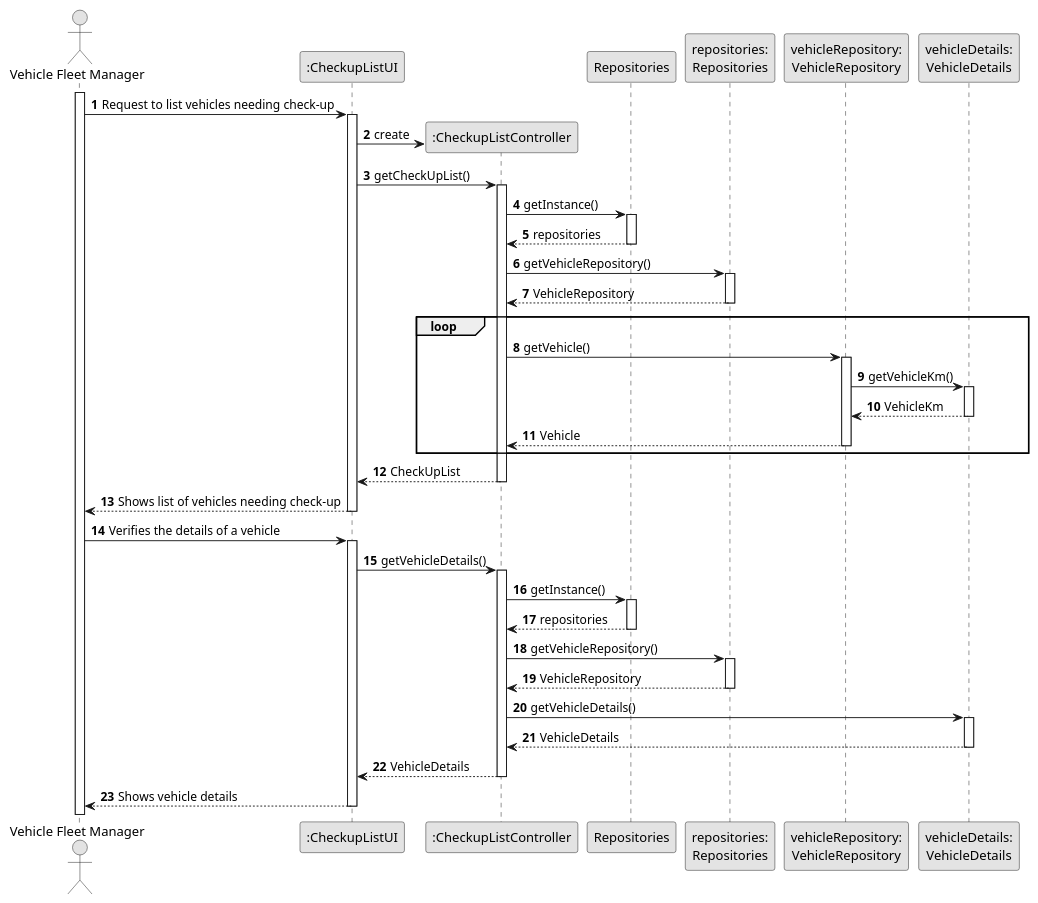
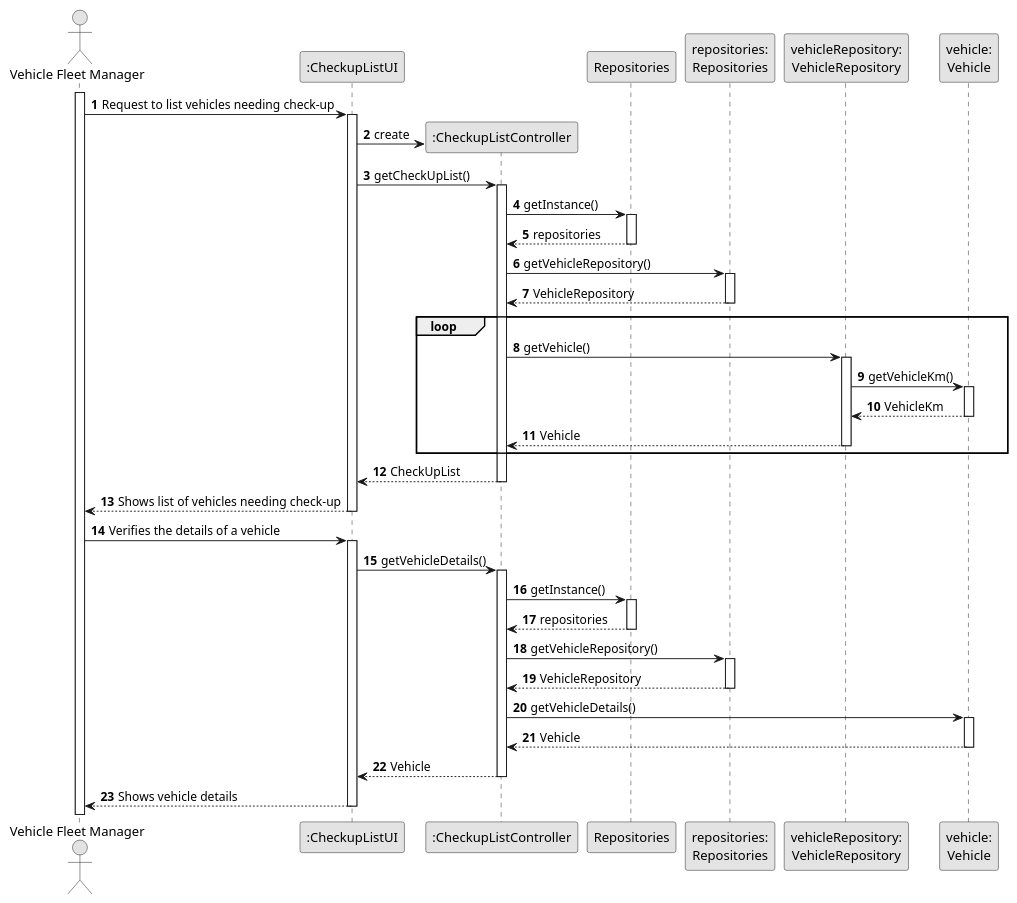
Before and after one commit to Departamento-de-Engenharia-Informatica/lei-24-s2-1df-1de-g063: the diagram in Sprint B/docs/SprintB/us008/03.design/puml/us008-sequence-diagram-full.puml, drawn with PlantUML. The commit also changed 4 other files, not shown here.

Commit message:
Class diagrams US7 US8

```diff
--- a/Sprint B/docs/SprintB/us008/03.design/puml/us008-sequence-diagram-full.puml
+++ b/Sprint B/docs/SprintB/us008/03.design/puml/us008-sequence-diagram-full.puml
@@ -1,87 +1,87 @@
 @startuml
 skinparam monochrome true
 skinparam packageStyle rectangle
 skinparam shadowing false
 
 autonumber
 
 'hide footbox
 actor "Vehicle Fleet Manager" as VFM
 participant ":CheckupListUI" as UI
 participant ":CheckupListController" as CTRL
 participant "Repositories" as Rep
 participant "repositories:\nRepositories" as Repositories
 participant "vehicleRepository:\nVehicleRepository" as VehicleRepository
-participant "vehicleDetails:\nVehicleDetails" as VehicleDetails
+participant "vehicle:\nVehicle" as Vehicle
 
 activate VFM
 
 VFM -> UI : Request to list vehicles needing check-up
 
     activate UI
 
         UI -> CTRL** : create
 
         UI -> CTRL : getCheckUpList()
         activate CTRL
 
             CTRL -> Rep : getInstance()
             activate Rep
 
                 Rep --> CTRL : repositories
             deactivate Rep
 
             CTRL -> Repositories : getVehicleRepository()
             activate Repositories
 
             Repositories --> CTRL : VehicleRepository
             deactivate Repositories
 
             loop
                 CTRL -> VehicleRepository : getVehicle()
                 activate VehicleRepository
 
-                    VehicleRepository -> VehicleDetails : getVehicleKm()
-                    activate VehicleDetails
+                    VehicleRepository -> Vehicle : getVehicleKm()
+                    activate Vehicle
 
-                    VehicleDetails --> VehicleRepository : VehicleKm
-                    deactivate VehicleDetails
+                    Vehicle --> VehicleRepository : VehicleKm
+                    deactivate Vehicle
 
                     VehicleRepository --> CTRL : Vehicle
                 deactivate VehicleRepository
             end
 
             CTRL --> UI : CheckUpList
         deactivate CTRL
 
         UI --> VFM : Shows list of vehicles needing check-up
 
         deactivate UI
         VFM -> UI : Verifies the details of a vehicle
         activate UI
 
         UI -> CTRL : getVehicleDetails()
         activate CTRL
 
             CTRL -> Rep : getInstance()
             activate Rep
 
                 Rep --> CTRL : repositories
             deactivate Rep
             CTRL -> Repositories : getVehicleRepository()
             activate Repositories
 
                 Repositories --> CTRL : VehicleRepository
             deactivate Repositories
 
-            CTRL -> VehicleDetails : getVehicleDetails()
-            activate VehicleDetails
+            CTRL -> Vehicle : getVehicleDetails()
+            activate Vehicle
 
-                VehicleDetails --> CTRL : VehicleDetails
-            deactivate VehicleDetails
-            CTRL --> UI : VehicleDetails
+                Vehicle --> CTRL : Vehicle
+            deactivate Vehicle
+            CTRL --> UI : Vehicle
         deactivate CTRL
         UI --> VFM : Shows vehicle details
     deactivate UI
 
 @enduml
```
